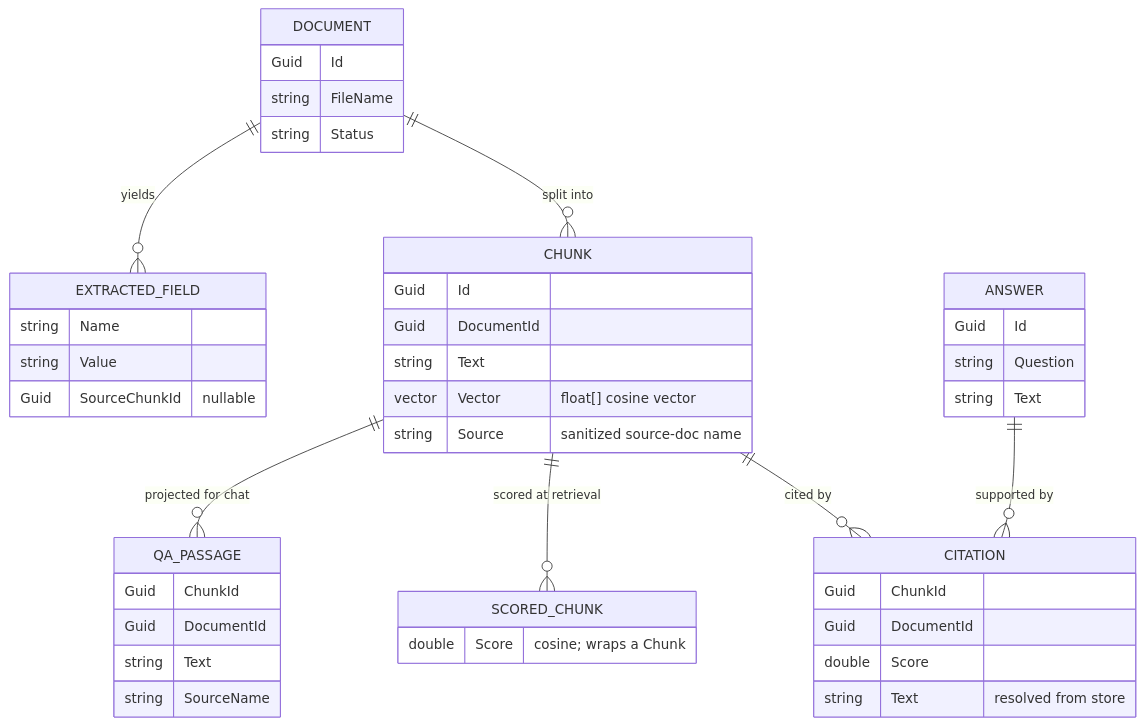
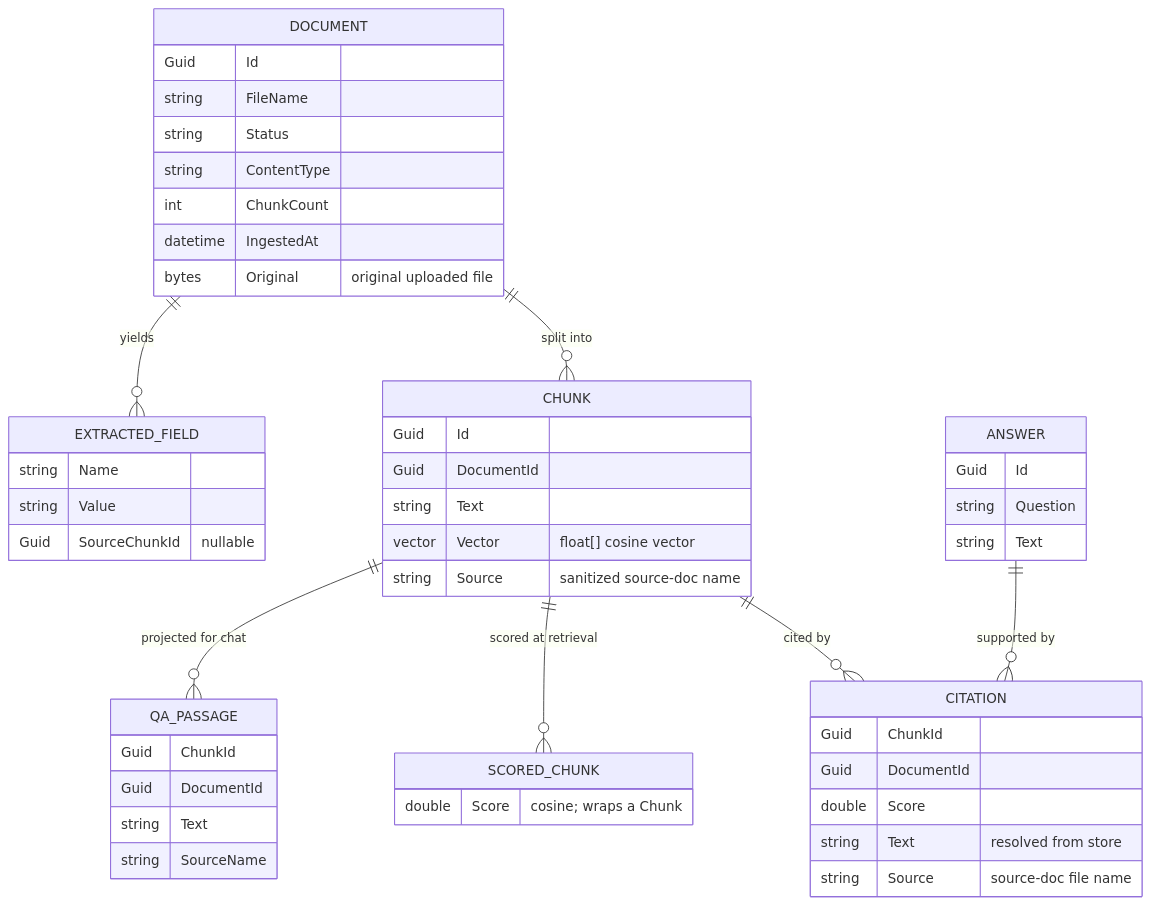
One commit to hectorreyesdev/landdoc-intelligence changed the diagram in knowledge/docs/DATA-MODEL.md. Above: the diagram before and after it, drawn with Mermaid. The commit also changed other lines of this file and 6 other files, not shown here.

````diff
--- a/knowledge/docs/DATA-MODEL.md
+++ b/knowledge/docs/DATA-MODEL.md
@@ -7,47 +7,52 @@
 ```mermaid
 erDiagram
     DOCUMENT ||--o{ CHUNK : "split into"
     DOCUMENT ||--o{ EXTRACTED_FIELD : "yields"
     CHUNK ||--o{ CITATION : "cited by"
     CHUNK ||--o{ SCORED_CHUNK : "scored at retrieval"
     CHUNK ||--o{ QA_PASSAGE : "projected for chat"
     ANSWER ||--o{ CITATION : "supported by"
 
     DOCUMENT {
       Guid Id
       string FileName
       string Status
+      string ContentType
+      int ChunkCount
+      datetime IngestedAt
+      bytes Original "original uploaded file"
     }
     CHUNK {
       Guid Id
       Guid DocumentId
       string Text
       vector Vector "float[] cosine vector"
       string Source "sanitized source-doc name"
     }
     EXTRACTED_FIELD {
       string Name
       string Value
       Guid SourceChunkId "nullable"
     }
     ANSWER {
       Guid Id
       string Question
       string Text
     }
     CITATION {
       Guid ChunkId
       Guid DocumentId
       double Score
       string Text "resolved from store"
+      string Source "source-doc file name"
     }
     SCORED_CHUNK {
       double Score "cosine; wraps a Chunk"
     }
     QA_PASSAGE {
       Guid ChunkId
       Guid DocumentId
       string Text
       string SourceName
     }
 ```
````
